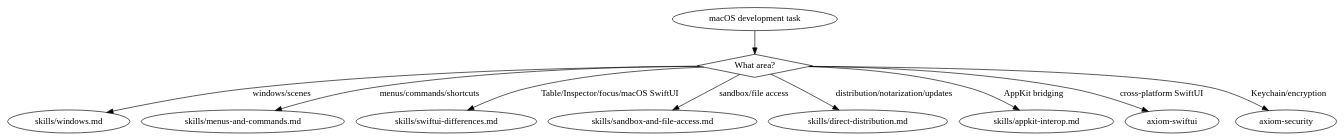
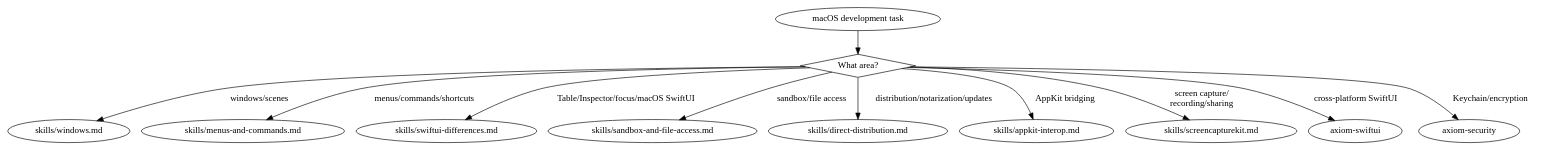
Before and after one commit to CharlesWiltgen/Axiom: the diagram in .claude-plugin/plugins/axiom/skills/axiom-macos/SKILL.md, drawn with Graphviz. The commit also changed other lines of this file and 29 other files, not shown here.

First line of the commit message:
feat(skills): add 6 framework-gap sub-skills — PencilKit/PaperKit, ScreenCaptureKit, AccessorySetupKit, WeatherKit, App Clips, CallKit

````diff
--- a/.claude-plugin/plugins/axiom/skills/axiom-macos/SKILL.md
+++ b/.claude-plugin/plugins/axiom/skills/axiom-macos/SKILL.md
@@ -58,16 +60,17 @@
 ```dot
 digraph macos {
     start [label="macOS development task" shape=ellipse];
     what [label="What area?" shape=diamond];
 
     start -> what;
     what -> "skills/windows.md" [label="windows/scenes"];
     what -> "skills/menus-and-commands.md" [label="menus/commands/shortcuts"];
     what -> "skills/swiftui-differences.md" [label="Table/Inspector/focus/macOS SwiftUI"];
     what -> "skills/sandbox-and-file-access.md" [label="sandbox/file access"];
     what -> "skills/direct-distribution.md" [label="distribution/notarization/updates"];
     what -> "skills/appkit-interop.md" [label="AppKit bridging"];
+    what -> "skills/screencapturekit.md" [label="screen capture/\nrecording/sharing"];
     what -> "axiom-swiftui" [label="cross-platform SwiftUI"];
     what -> "axiom-security" [label="Keychain/encryption"];
 }
 ```
````
